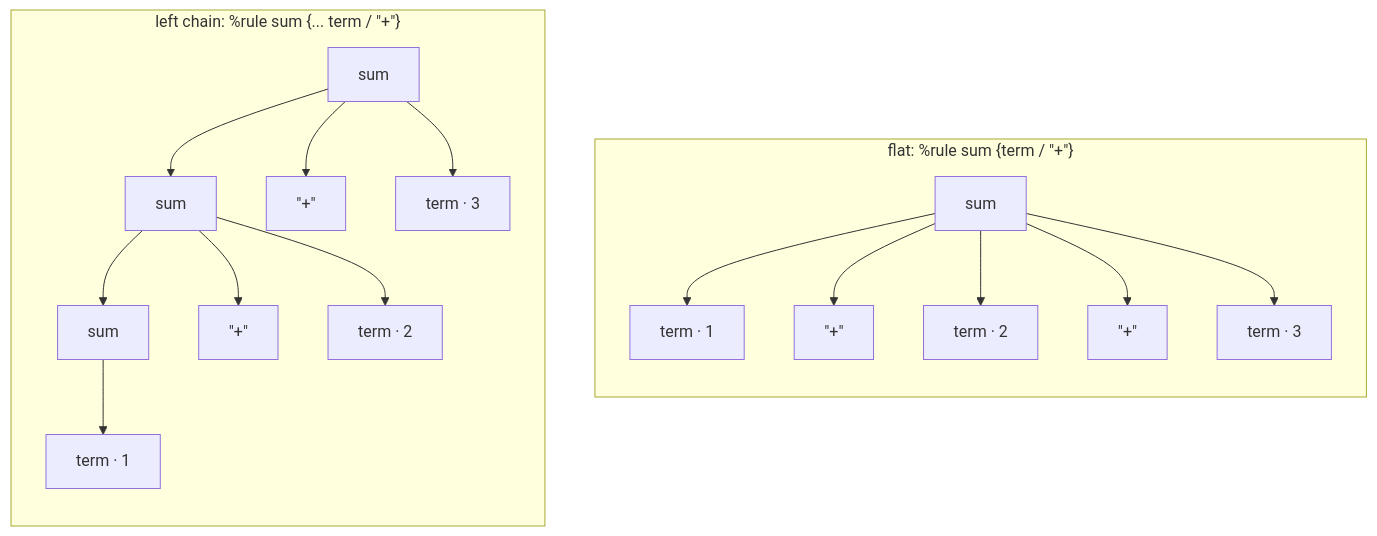
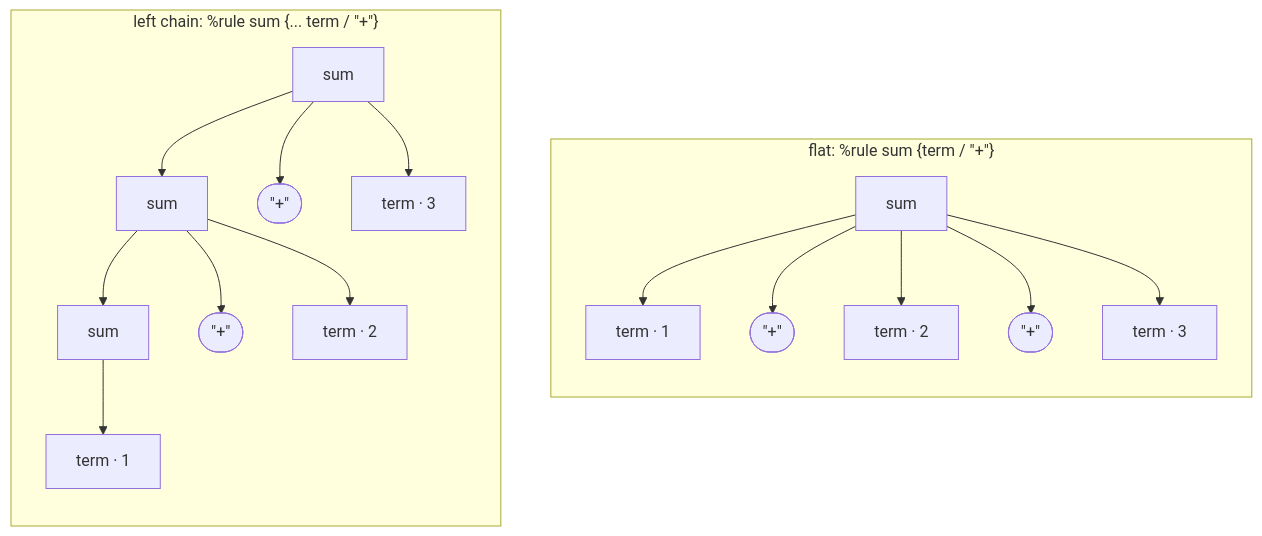
The second of 3 diagrams in docs/notation.md (int19h/gencmu), drawn with Mermaid before and after one commit. The commit also changed other lines of this file, not shown here.

````diff
--- a/docs/notation.md
+++ b/docs/notation.md
@@ -259,21 +259,21 @@
 ```mermaid
 flowchart TB
   subgraph flat ["flat: %rule sum {term / #quot;+#quot;}"]
     direction TB
     f["sum"] --> f1["term · 1"]
-    f --> fp1["#quot;+#quot;"]
+    f --> fp1(["#quot;+#quot;"])
     f --> f2["term · 2"]
-    f --> fp2["#quot;+#quot;"]
+    f --> fp2(["#quot;+#quot;"])
     f --> f3["term · 3"]
   end
   subgraph chain ["left chain: %rule sum {... term / #quot;+#quot;}"]
     direction TB
     c["sum"] --> c12["sum"]
-    c --> cp2["#quot;+#quot;"]
+    c --> cp2(["#quot;+#quot;"])
     c --> c3["term · 3"]
     c12 --> c1s["sum"]
-    c12 --> cp1["#quot;+#quot;"]
+    c12 --> cp1(["#quot;+#quot;"])
     c12 --> c2["term · 2"]
     c1s --> c1["term · 1"]
   end
 ```
````
